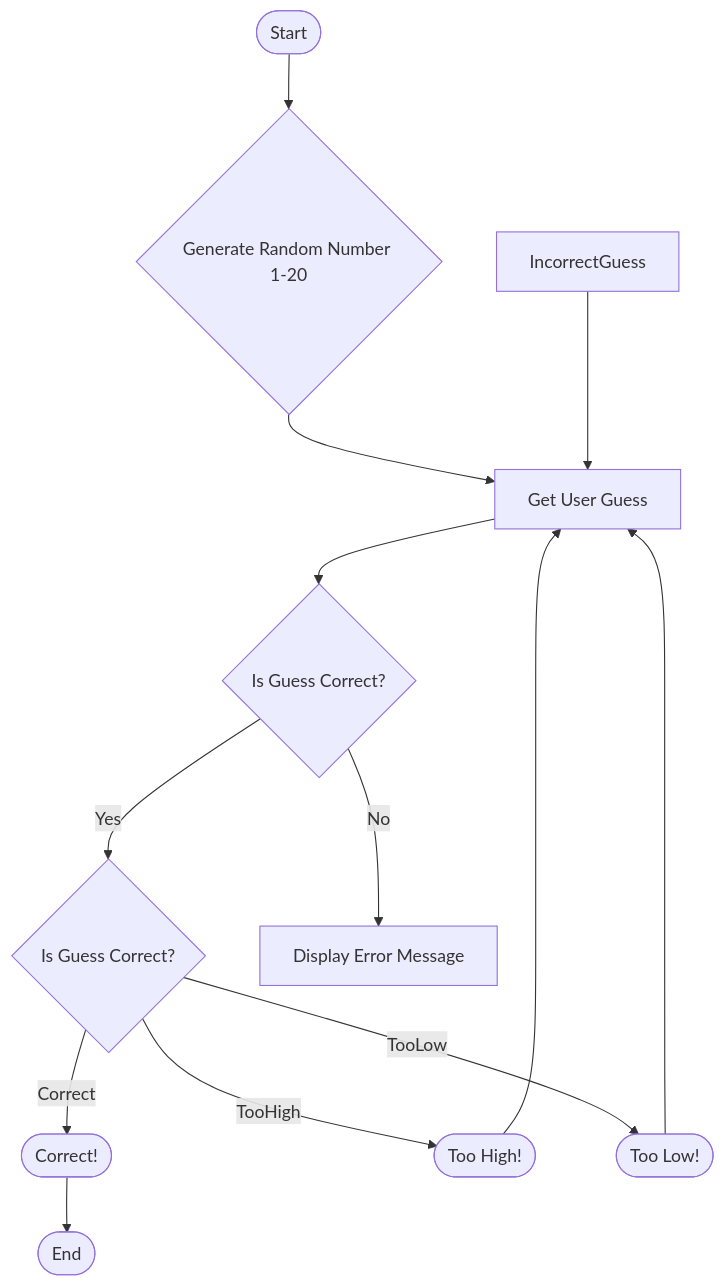
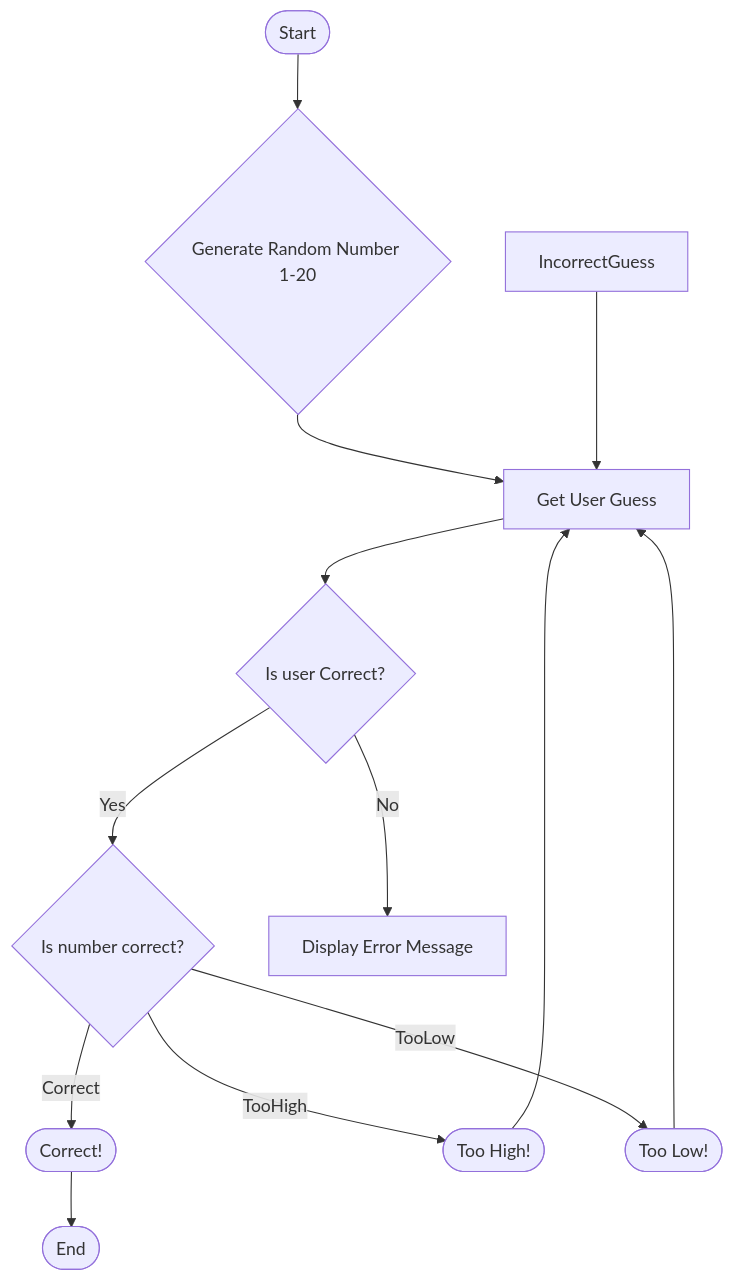
The diagram in Guessing.md (iarr4296/iarr4296.github.io), drawn with Mermaid before and after one commit.

````diff
--- a/Guessing.md
+++ b/Guessing.md
@@ -3,18 +3,18 @@
 ```mermaid
 flowchart TD
 Start([Start]) --> RandomNumber{Generate Random Number 1-20};
     RandomNumber --> UserGuess[Get User Guess];
-    UserGuess --> CheckGuess{Is Guess Correct?};
+    UserGuess --> CheckGuess{Is user Correct?};
     
-    CheckGuess -- Yes --> Compare{Is Guess Correct?};
+    CheckGuess -- Yes --> Compare{Is number correct?};
     CheckGuess -- No --> IncorrectGUess[Display Error Message]
     IncorrectGuess --> UserGuess
     
     Compare -- Correct --> CorrectGuess([Correct!]);
     Compare -- TooHigh --> HighGuess([Too High!]);
     Compare -- TooLow --> LowGuess([Too Low!]);
     
     HighGuess --> UserGuess
     LowGuess --> UserGuess
     CorrectGuess --> End([End])
 ```
````
